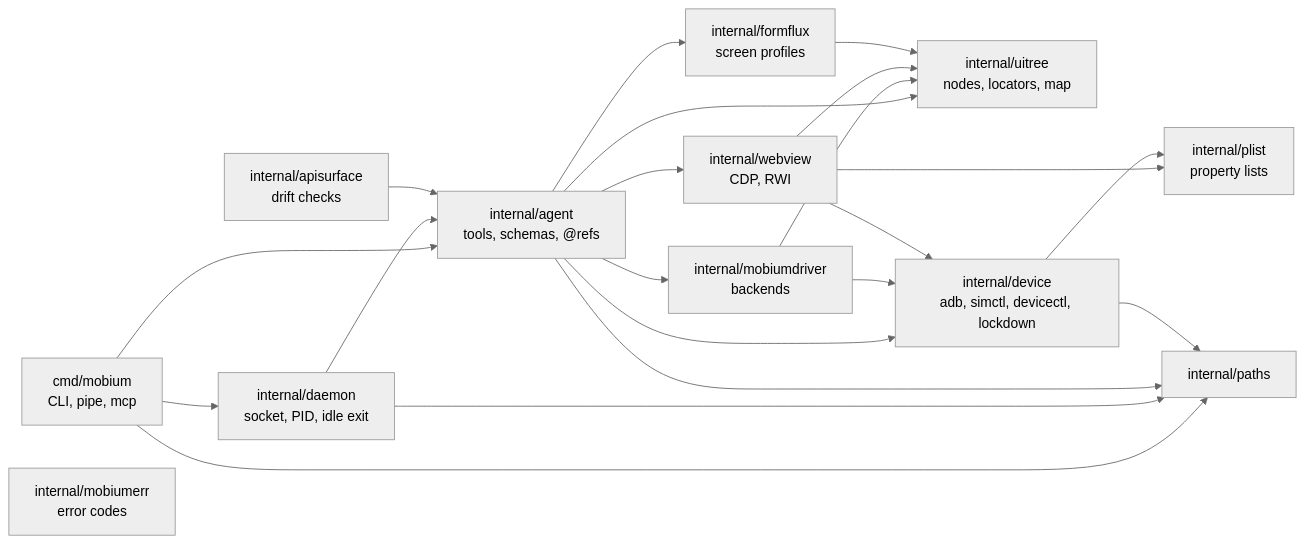
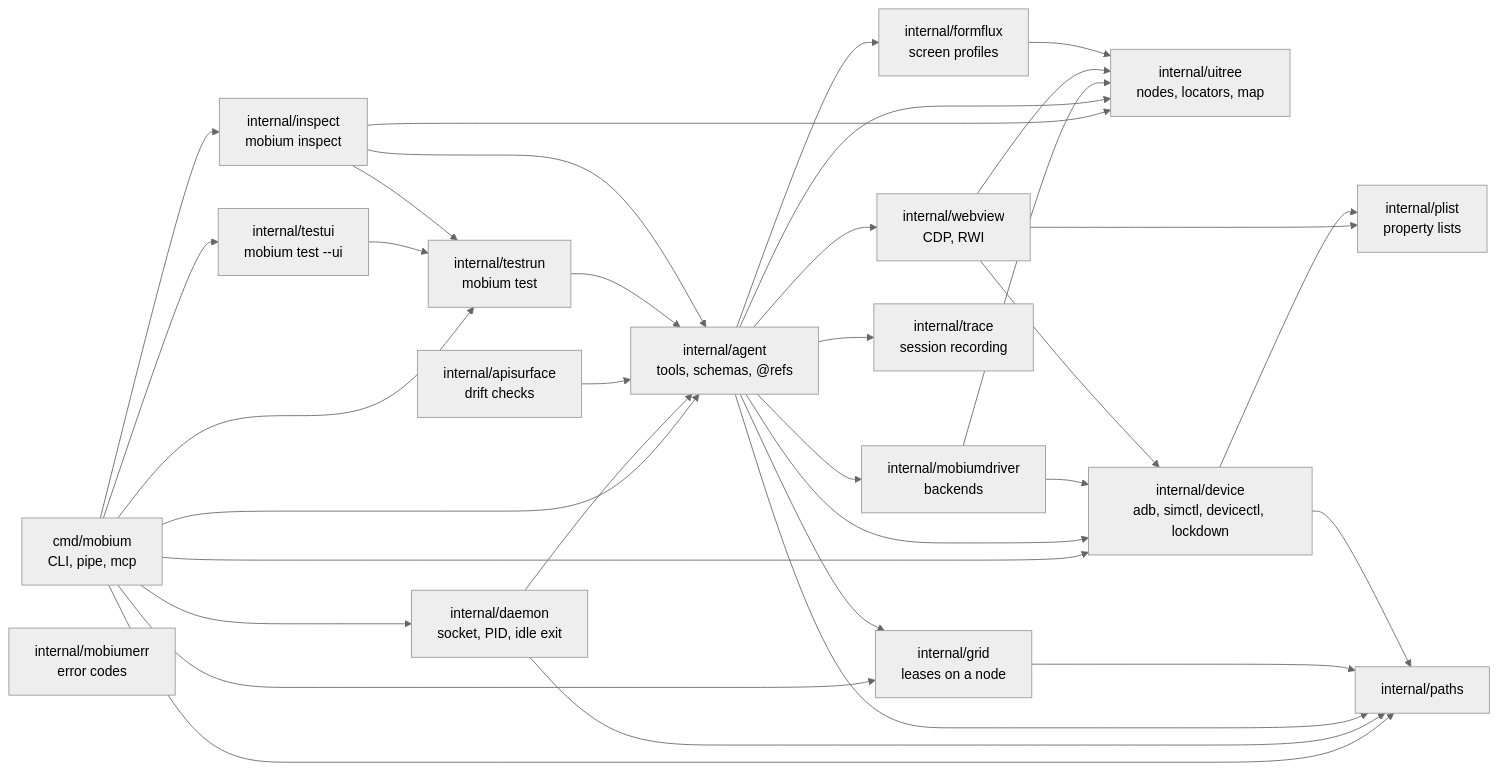
One commit to mobiumdev/mobium changed the second of 3 diagrams in docs/ARCHITECTURE.md. Above: the diagram before and after it, drawn with Mermaid (neutral theme). The commit also changed other lines of this file and 123 other files, not shown here.

````diff
--- a/docs/ARCHITECTURE.md
+++ b/docs/ARCHITECTURE.md
@@ -86,24 +93,33 @@
 ```mermaid
 flowchart LR
     cmd["cmd/mobium<br/>CLI, pipe, mcp"]
     daemon["internal/daemon<br/>socket, PID, idle exit"]
     agent["internal/agent<br/>tools, schemas, @refs"]
     apisurface["internal/apisurface<br/>drift checks"]
     driver["internal/mobiumdriver<br/>backends"]
     webview["internal/webview<br/>CDP, RWI"]
     formflux["internal/formflux<br/>screen profiles"]
+    testrun["internal/testrun<br/>mobium test"]
+    testui["internal/testui<br/>mobium test --ui"]
+    inspect["internal/inspect<br/>mobium inspect"]
+    grid["internal/grid<br/>leases on a node"]
+    trace["internal/trace<br/>session recording"]
     uitree["internal/uitree<br/>nodes, locators, map"]
     device["internal/device<br/>adb, simctl, devicectl, lockdown"]
     plist["internal/plist<br/>property lists"]
     paths["internal/paths"]
     err["internal/mobiumerr<br/>error codes"]
 
-    cmd --> agent & daemon & paths
+    cmd --> agent & daemon & testrun & testui & inspect & grid & device & paths
     daemon --> agent & paths
     apisurface --> agent
-    agent --> driver & webview & formflux & uitree & device & paths
+    testrun --> agent
+    testui --> testrun
+    inspect --> agent & testrun & uitree
+    agent --> driver & webview & formflux & uitree & device & grid & trace & paths
+    grid --> paths
     driver --> device & uitree
     webview --> device & uitree & plist
     formflux --> uitree
     device --> plist & paths
 ```
````
